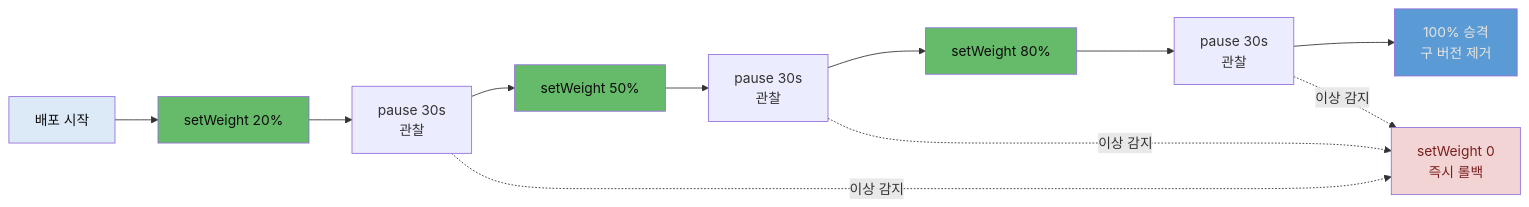
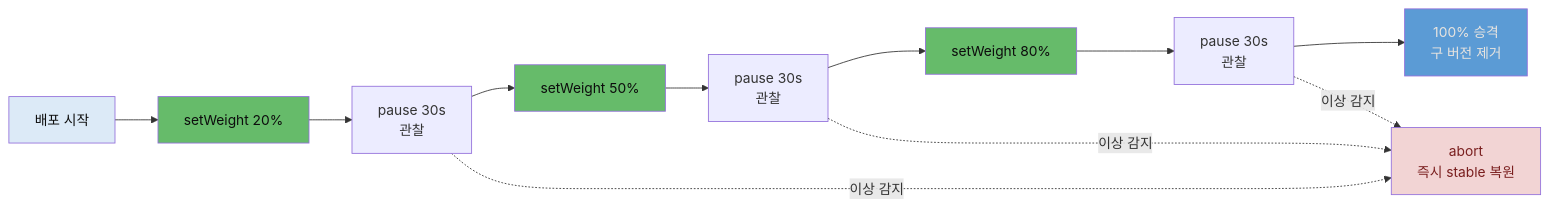
The diagram in write/07_devops/book/aic_ai-infra-claude/06-02.점진적 배포 Canary와 claude-context.md (scofe97/StduyWrite), drawn with Mermaid before and after one commit. The commit also changed other lines of this file and 7 other files, not shown here.

````diff
--- a/write/07_devops/book/aic_ai-infra-claude/06-02.점진적 배포 Canary와 claude-context.md
+++ b/write/07_devops/book/aic_ai-infra-claude/06-02.점진적 배포 Canary와 claude-context.md
@@ -121,20 +153,20 @@
 ```mermaid
 flowchart LR
     Start["배포 시작"] --> S20["setWeight 20%"]
     S20 --> P1["pause 30s<br/>관찰"]
     P1 --> S50["setWeight 50%"]
     S50 --> P2["pause 30s<br/>관찰"]
     P2 --> S80["setWeight 80%"]
     S80 --> P3["pause 30s<br/>관찰"]
     P3 --> Full["100% 승격<br/>구 버전 제거"]
-    P1 -.->|이상 감지| Rollback["setWeight 0<br/>즉시 롤백"]
+    P1 -.->|이상 감지| Rollback["abort<br/>즉시 stable 복원"]
     P2 -.->|이상 감지| Rollback
     P3 -.->|이상 감지| Rollback
 
     style Start fill:#dceaf7,color:#0d0d0d
     style S20 fill:#66bb6a,color:#0d0d0d
     style S50 fill:#66bb6a,color:#0d0d0d
     style S80 fill:#66bb6a,color:#0d0d0d
     style Full fill:#5b9bd5,color:#e8e4df
     style Rollback fill:#f2d4d4,color:#7a1f1f
 ```
````
